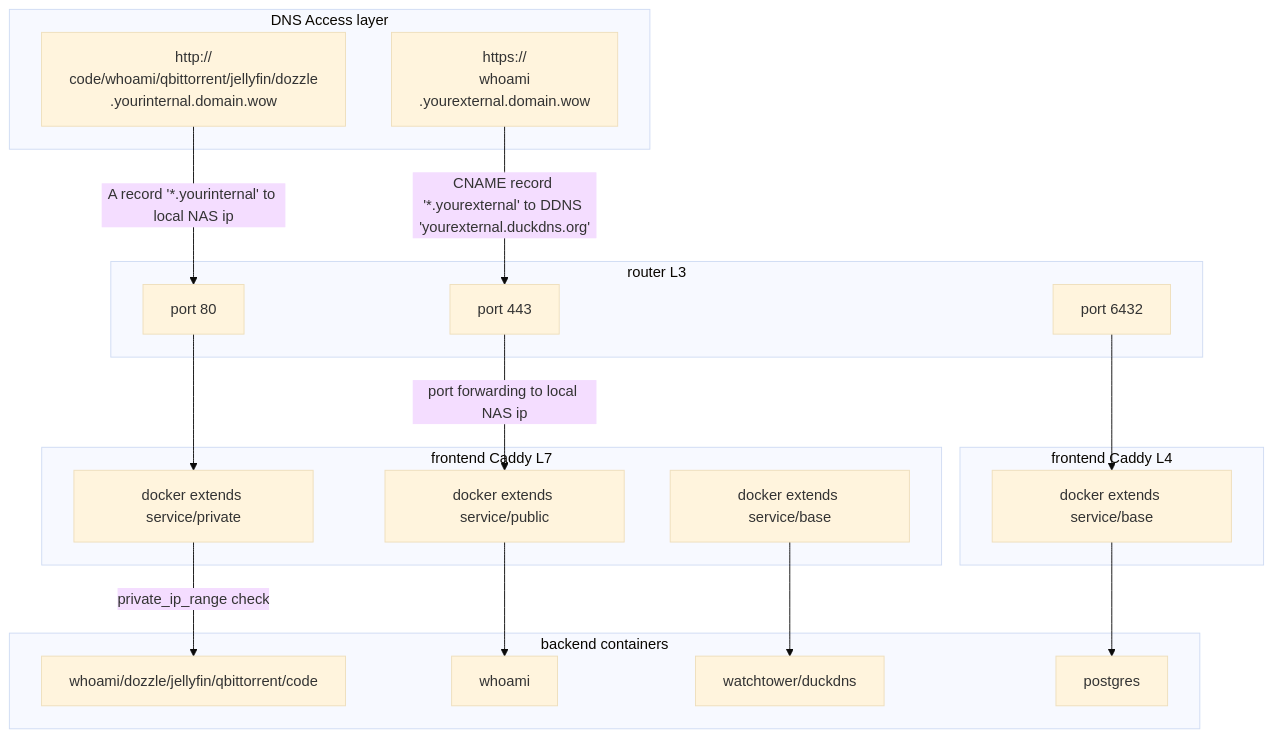
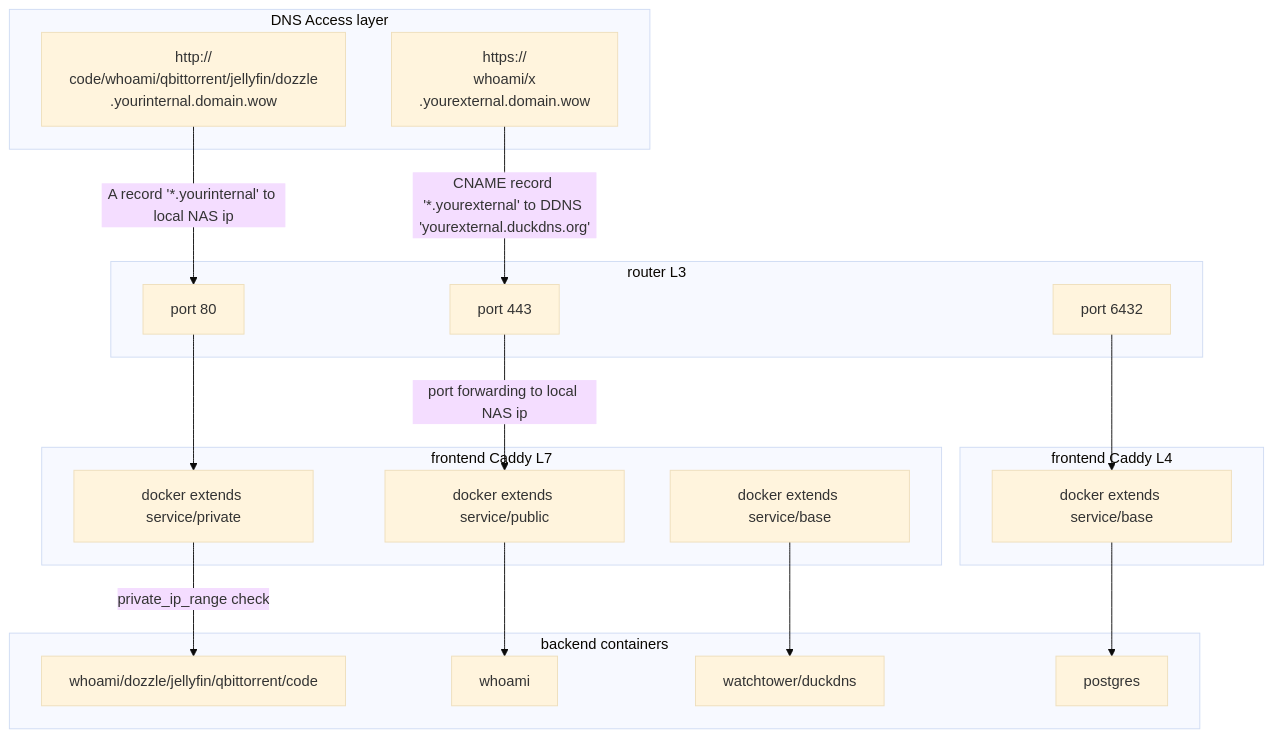
The diagram in README.md (erwinkramer/synology-nas-bootstrapper), drawn with Mermaid (base theme) before and after one commit.

Commit message:
add to flowchart

````diff
--- a/README.md
+++ b/README.md
@@ -12,48 +12,48 @@
 ```mermaid
 flowchart TD
 
 subgraph access[DNS Access layer]
 privateservices[http://
 code/whoami/qbittorrent/jellyfin/dozzle
 .yourinternal.domain.wow
 ]
 externalservices[https://
-whoami
+whoami/x
 .yourexternal.domain.wow
 ]
 end
 
 subgraph router L3
 6432[port 6432]
 80[port 80]
 443[port 443]
 end
 
 subgraph cr7[frontend Caddy L7]
 extendspe[docker extends service/private]
 extendspub[docker extends service/public]
 
 extendscr7[docker extends service/base]
 end
 
 subgraph cr4[frontend Caddy L4]
 extendscr4[docker extends service/base]
 end
 
 subgraph cm[backend containers]
 int[watchtower/duckdns]
 postgres
 ext[whoami]
 prv[whoami/dozzle/jellyfin/qbittorrent/code]
 end
 
 privateservices -- A record '*.yourinternal' to local NAS ip  --> 80 --> extendspe
 
 6432 --> extendscr4
 externalservices -- CNAME record '*.yourexternal' to DDNS 'yourexternal.duckdns.org' --> 443 -- port forwarding to local NAS ip --> extendspub
 extendscr7 --> int
 extendscr4 --> postgres
 
 extendspub --> ext
 extendspe -- private_ip_range check -->prv
 ```
````
